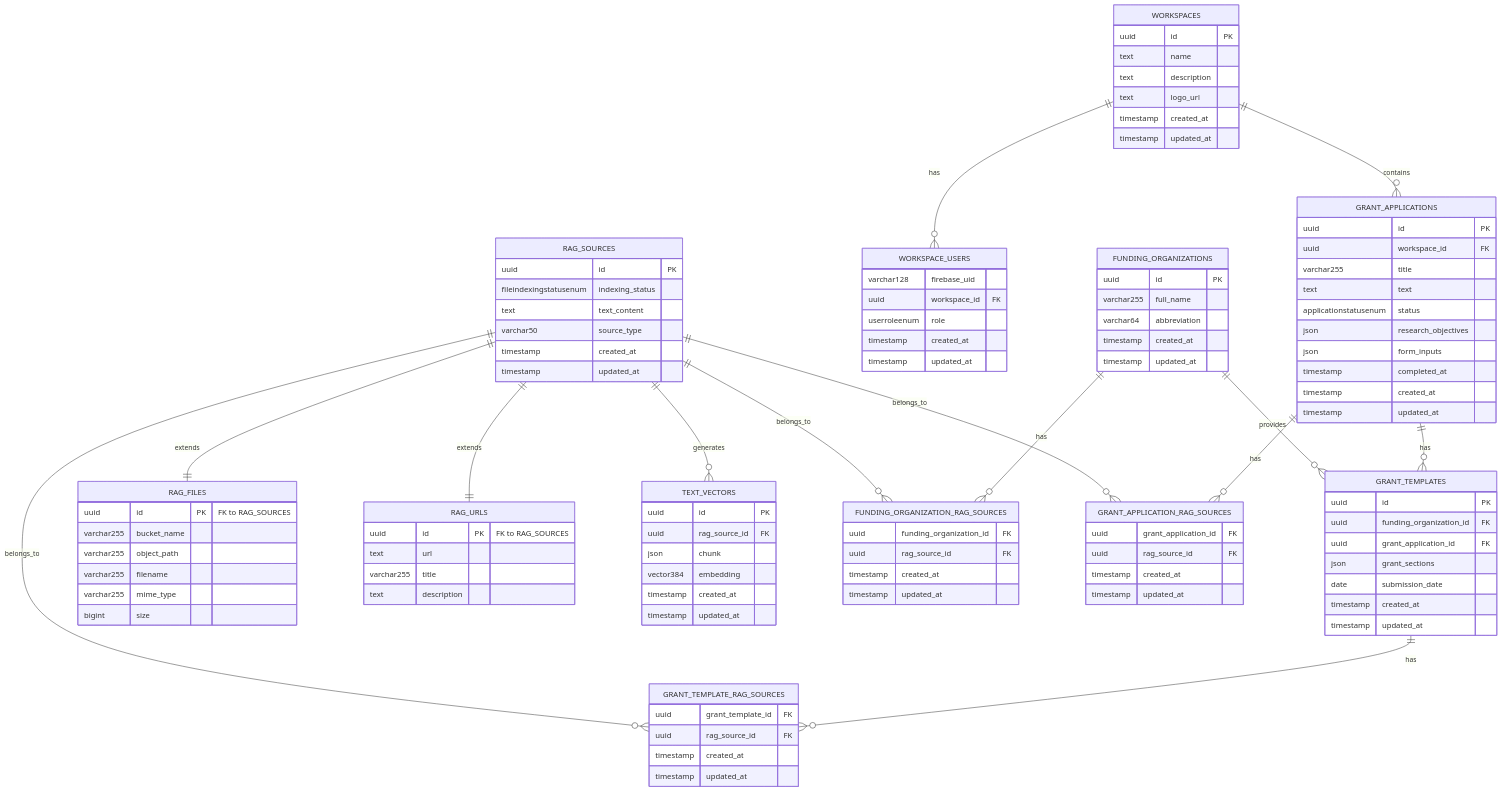
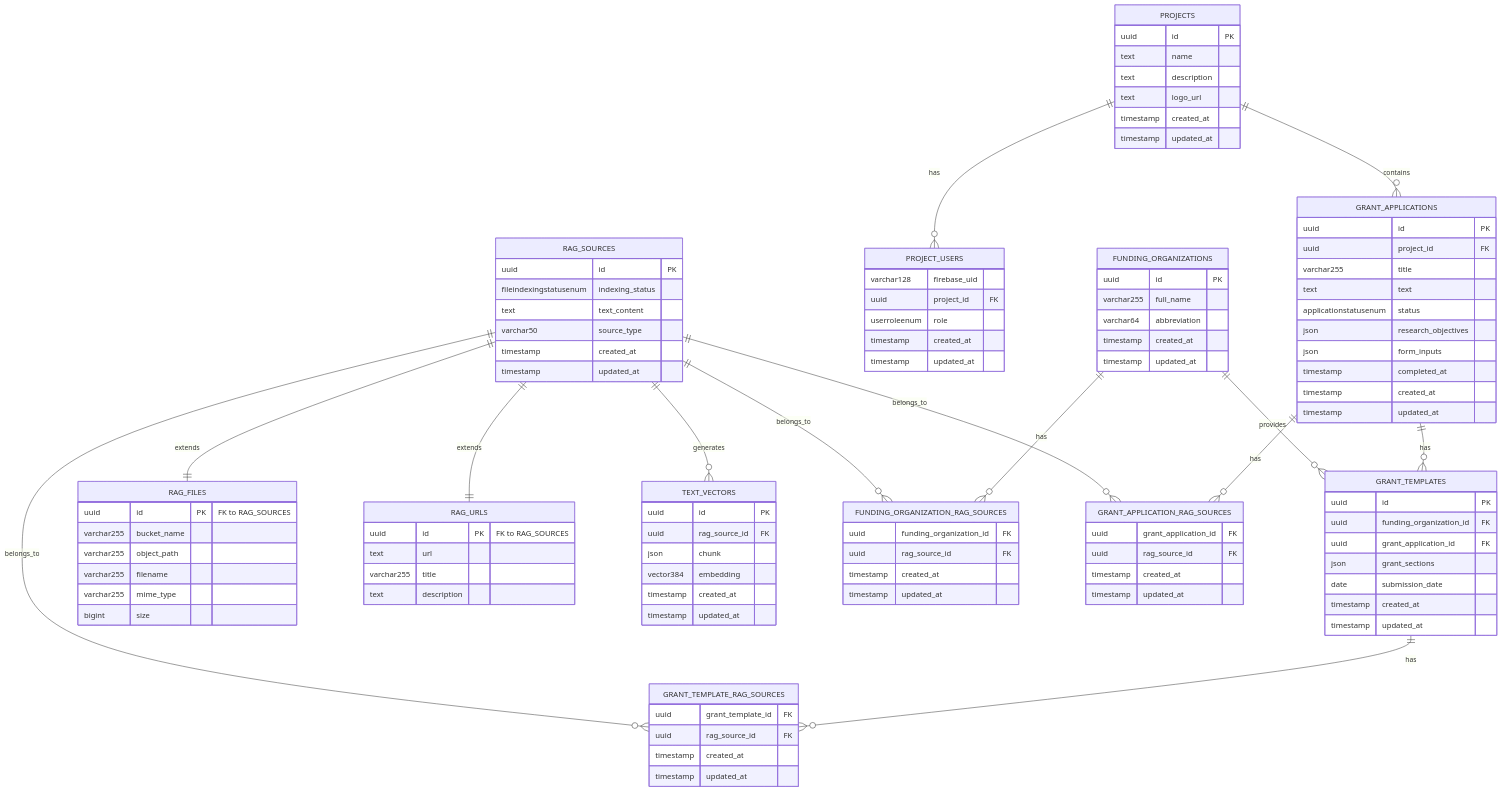
Before and after one commit to grantflow-ai/grantflow: the diagram in diagrams/db/data-model.md, drawn with Mermaid. The commit also changed 199 other files, not shown here.

Commit message:
chore: renamed workspace to project

```diff
--- a/diagrams/db/data-model.md
+++ b/diagrams/db/data-model.md
@@ -12,7 +12,7 @@
         timestamp updated_at
     }
 
-    WORKSPACES {
+    PROJECTS {
         uuid id PK
         text name
         text description
@@ -21,9 +21,9 @@
         timestamp updated_at
     }
 
-    WORKSPACE_USERS {
+    PROJECT_USERS {
         varchar128 firebase_uid
-        uuid workspace_id FK
+        uuid project_id FK
         userroleenum role
         timestamp created_at
         timestamp updated_at
@@ -31,7 +31,7 @@
 
     GRANT_APPLICATIONS {
         uuid id PK
-        uuid workspace_id FK
+        uuid project_id FK
         varchar255 title
         text text
         applicationstatusenum status
@@ -107,8 +107,8 @@
         timestamp updated_at
     }
 
-    WORKSPACES ||--o{ WORKSPACE_USERS : has
-    WORKSPACES ||--o{ GRANT_APPLICATIONS : contains
+    PROJECTS ||--o{ PROJECT_USERS : has
+    PROJECTS ||--o{ GRANT_APPLICATIONS : contains
     GRANT_APPLICATIONS ||--o{ GRANT_TEMPLATES : has
     FUNDING_ORGANIZATIONS ||--o{ GRANT_TEMPLATES : provides
 
```
